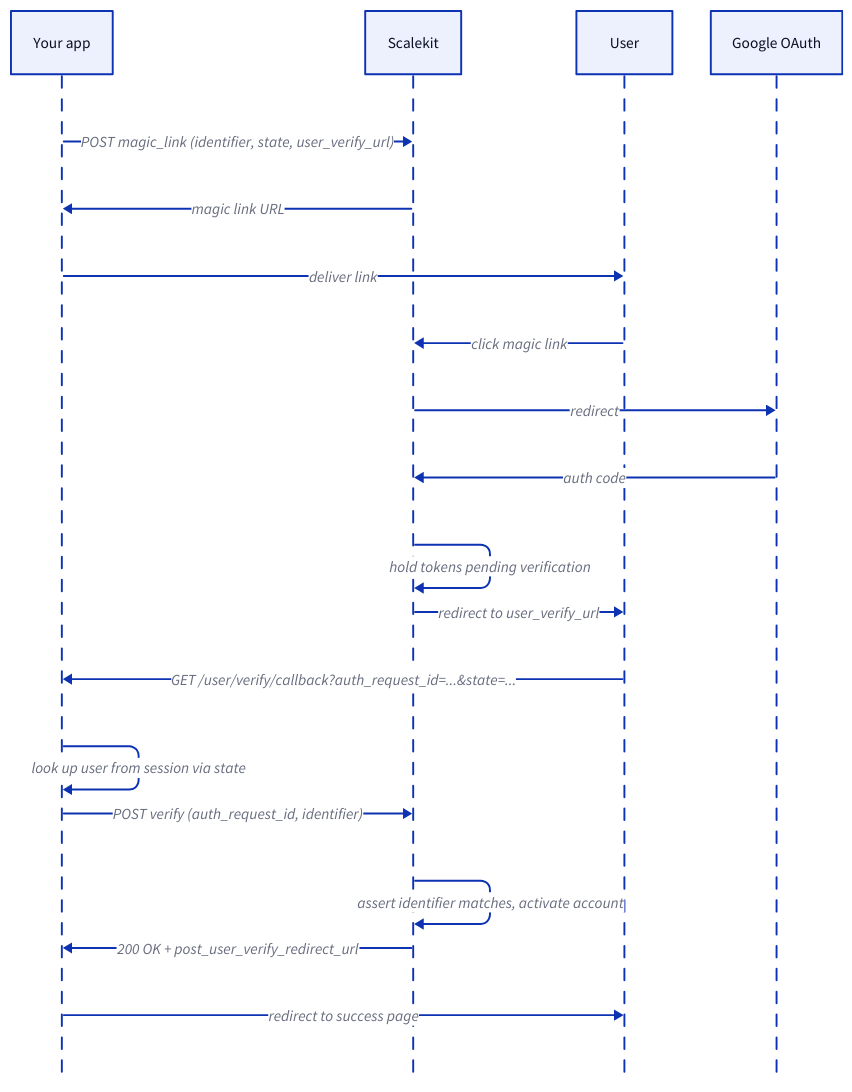
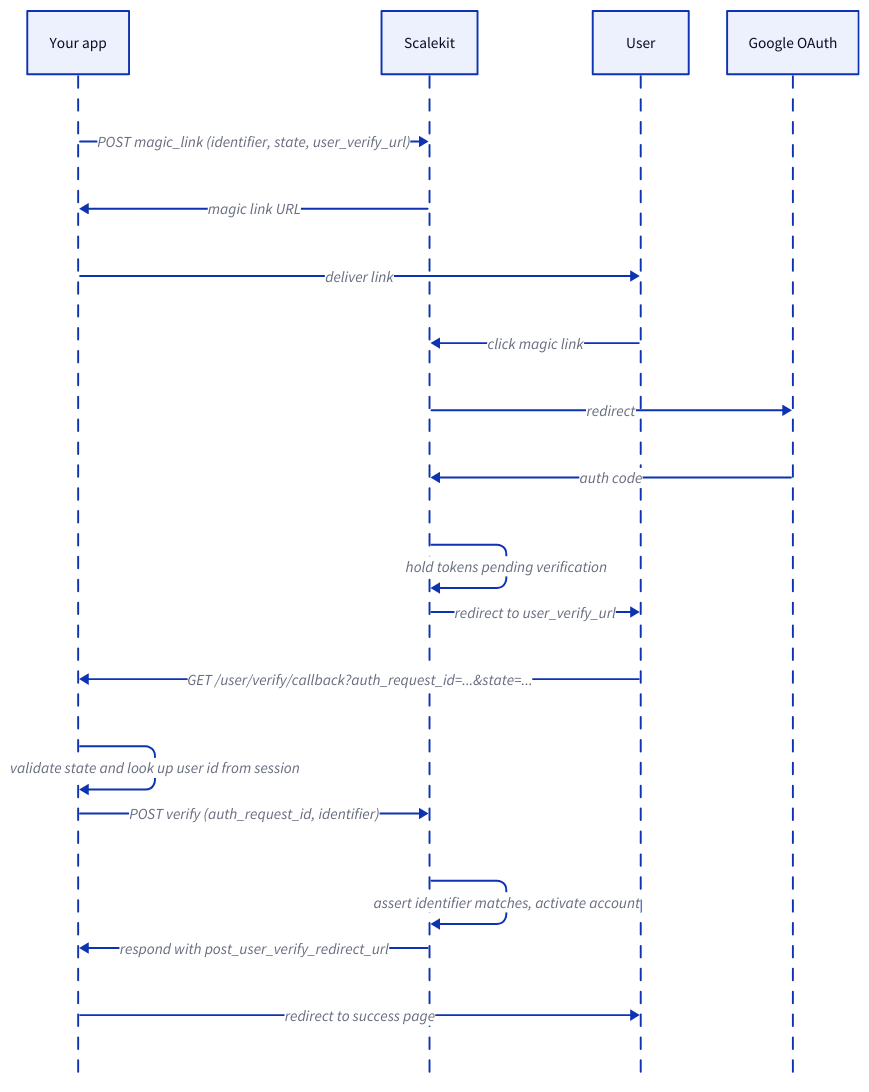
The diagram in src/content/docs/agent-auth/user-verification.mdx (scalekit-inc/developer-docs), drawn with D2 before and after one commit. The commit also changed other lines of this file, not shown here.

````diff
--- a/src/content/docs/agent-auth/user-verification.mdx
+++ b/src/content/docs/agent-auth/user-verification.mdx
@@ -224,20 +182,20 @@
 ```d2
 shape: sequence_diagram
 
 Your app -> Scalekit: POST magic_link (identifier, state, user_verify_url)
 Scalekit -> Your app: magic link URL
 Your app -> User: deliver link
 
 User -> Scalekit: click magic link
 Scalekit -> Google OAuth: redirect
 Google OAuth -> Scalekit: auth code
 Scalekit -> Scalekit: hold tokens pending verification
 Scalekit -> User: redirect to user_verify_url
 
 User -> Your app: GET /user/verify/callback?auth_request_id=...&state=...
-Your app -> Your app: look up user from session via state
+Your app -> Your app: validate state and look up user id from session
 Your app -> Scalekit: POST verify (auth_request_id, identifier)
 Scalekit -> Scalekit: assert identifier matches, activate account
-Scalekit -> Your app: 200 OK + post_user_verify_redirect_url
+Scalekit -> Your app: respond with post_user_verify_redirect_url
 Your app -> User: redirect to success page
 ```
````
